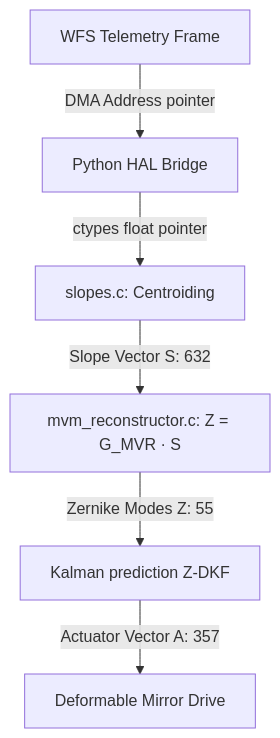
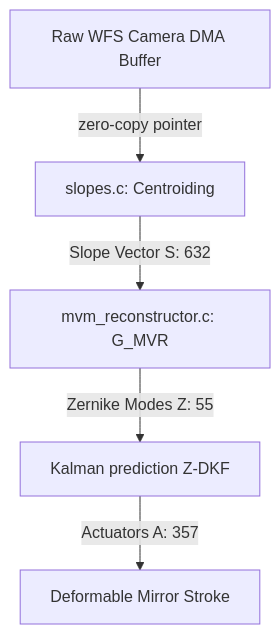
One commit to Deeven-Seru/project-radius changed the diagram in slides/slides.md. Above: the diagram before and after it, drawn with Mermaid. The commit also changed other lines of this file and 1 other file, not shown here.

````diff
--- a/slides/slides.md
+++ b/slides/slides.md
@@ -109,8 +164,7 @@
-```mermaid
-graph TD
-    A[WFS Telemetry Frame] -->|DMA Address pointer| B[Python HAL Bridge]
-    B -->|ctypes float pointer| C[slopes.c: Centroiding]
-    C -->|Slope Vector S: 632| D[mvm_reconstructor.c: Z = G_MVR · S]
-    D -->|Zernike Modes Z: 55| E[Kalman prediction Z-DKF]
-    E -->|Actuator Vector A: 357| F[Deformable Mirror Drive]
-```
+      ```mermaid
+      graph TD
+          A[Raw WFS Camera DMA Buffer] -->|zero-copy pointer| B[slopes.c: Centroiding]
+          B -->|Slope Vector S: 632| C[mvm_reconstructor.c: G_MVR]
+          C -->|Zernike Modes Z: 55| D[Kalman prediction Z-DKF]
+          D -->|Actuators A: 357| E[Deformable Mirror Stroke]
+      ```
````
